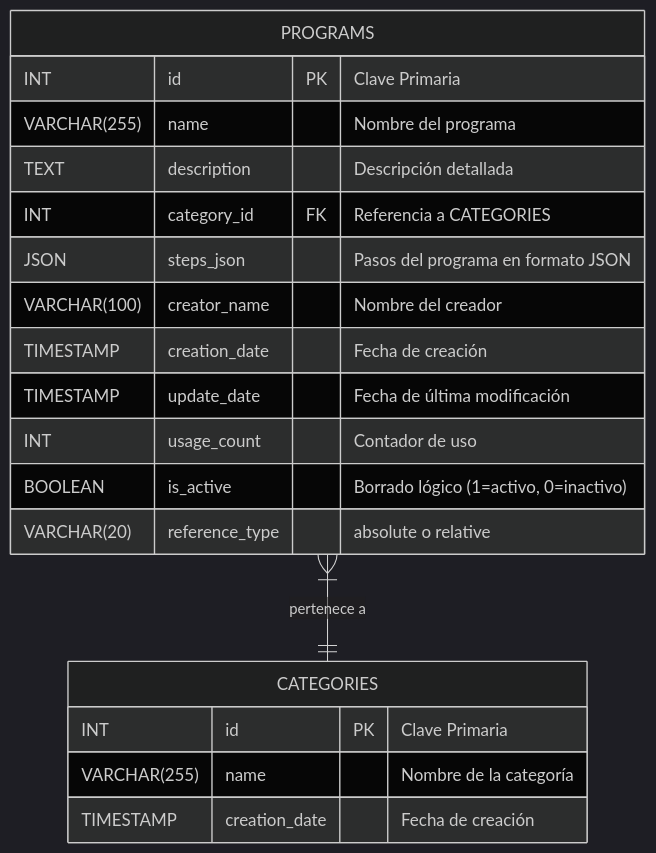
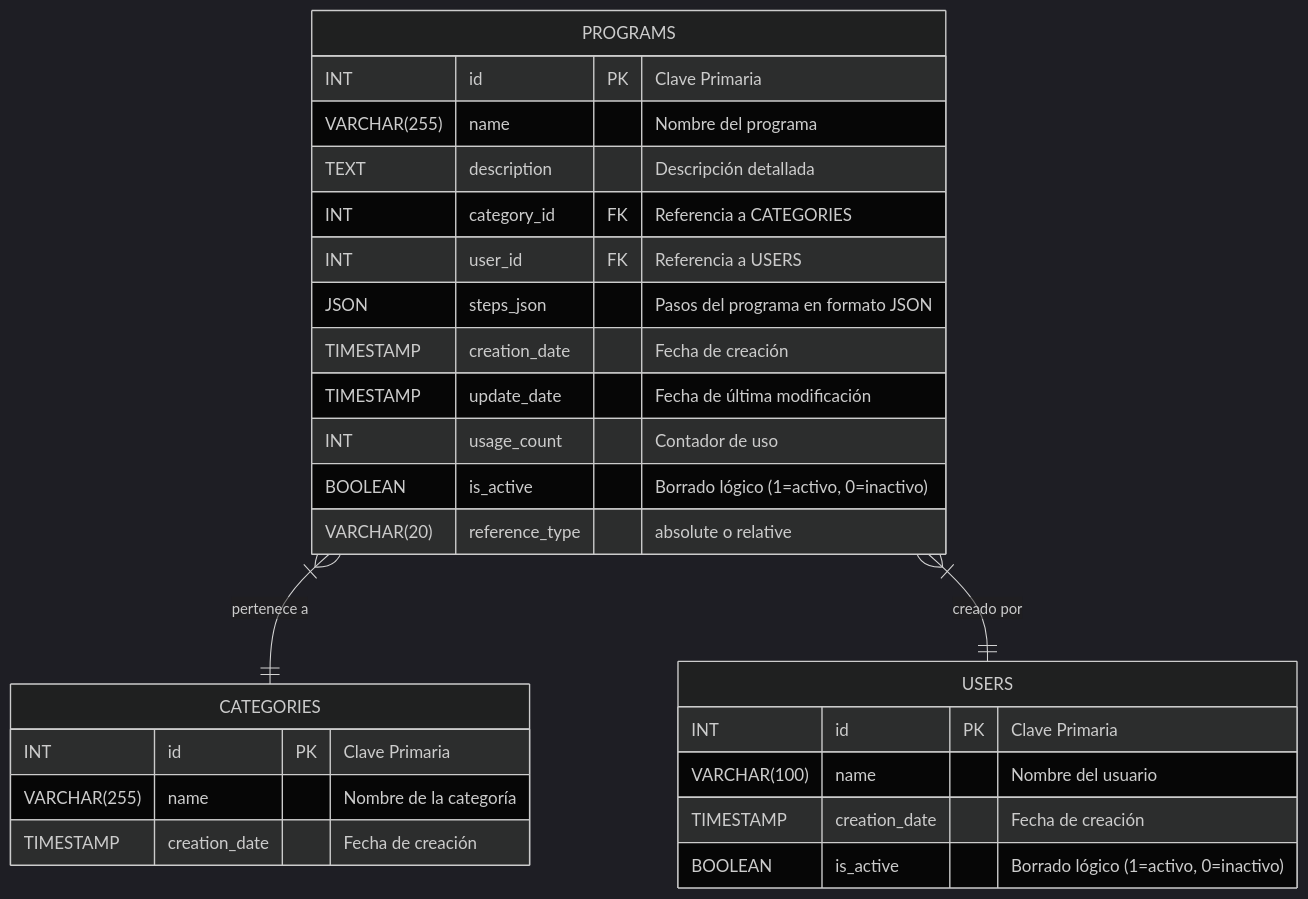
Before and after one commit to izeta8/GaztaindiGrill: the diagram in GaztaindiGrill-API/docs/database.md, drawn with Mermaid (dark theme). The commit also changed other lines of this file, not shown here.

Commit message:
docs: describe the users table and programs.user_id relation in the schema doc

````diff
--- a/GaztaindiGrill-API/docs/database.md
+++ b/GaztaindiGrill-API/docs/database.md
@@ -15,24 +15,32 @@
 ```mermaid
 erDiagram
     CATEGORIES {
         INT id PK "Clave Primaria"
         VARCHAR(255) name "Nombre de la categoría"
         TIMESTAMP creation_date "Fecha de creación"
     }
 
+    USERS {
+        INT id PK "Clave Primaria"
+        VARCHAR(100) name "Nombre del usuario"
+        TIMESTAMP creation_date "Fecha de creación"
+        BOOLEAN is_active "Borrado lógico (1=activo, 0=inactivo)"
+    }
+
     PROGRAMS {
         INT id PK "Clave Primaria"
         VARCHAR(255) name "Nombre del programa"
         TEXT description "Descripción detallada"
         INT category_id FK "Referencia a CATEGORIES"
+        INT user_id FK "Referencia a USERS"
         JSON steps_json "Pasos del programa en formato JSON"
-        VARCHAR(100) creator_name "Nombre del creador"
         TIMESTAMP creation_date "Fecha de creación"
         TIMESTAMP update_date "Fecha de última modificación"
         INT usage_count "Contador de uso"
         BOOLEAN is_active "Borrado lógico (1=activo, 0=inactivo)"
         VARCHAR(20) reference_type "absolute o relative"
     }
 
     PROGRAMS }|--|| CATEGORIES : "pertenece a"
+    PROGRAMS }|--|| USERS : "creado por"
 ```
````
